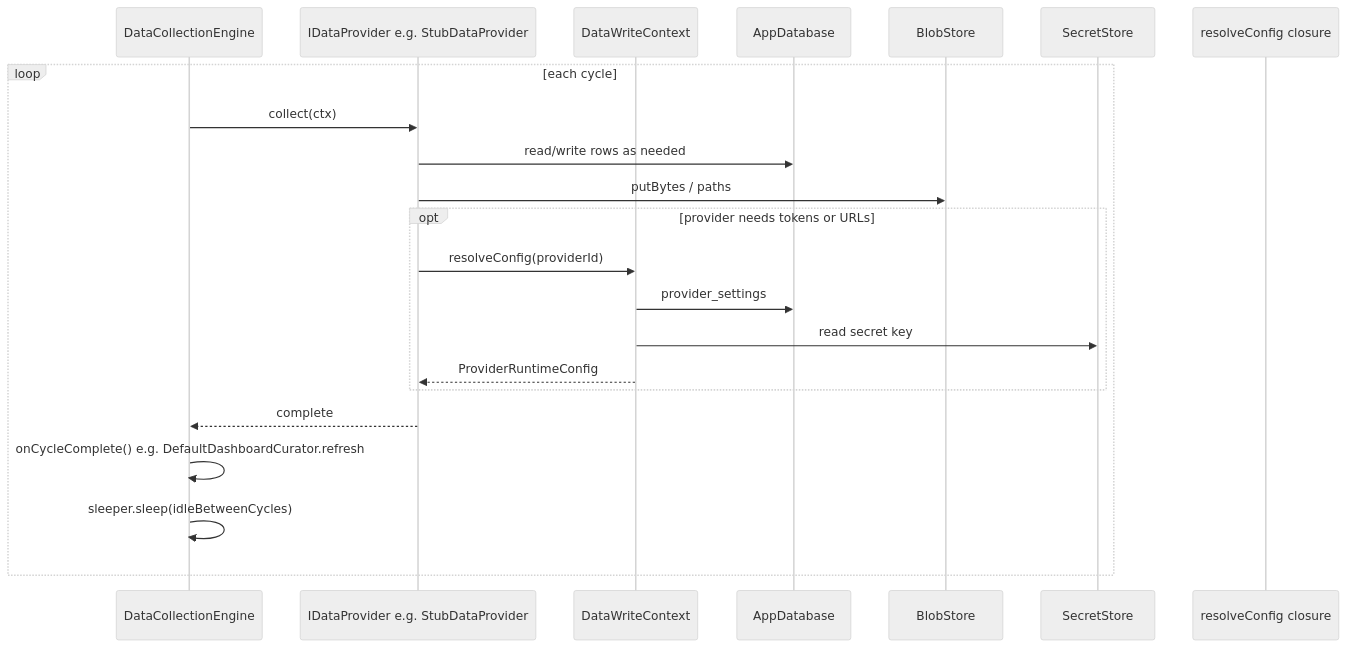
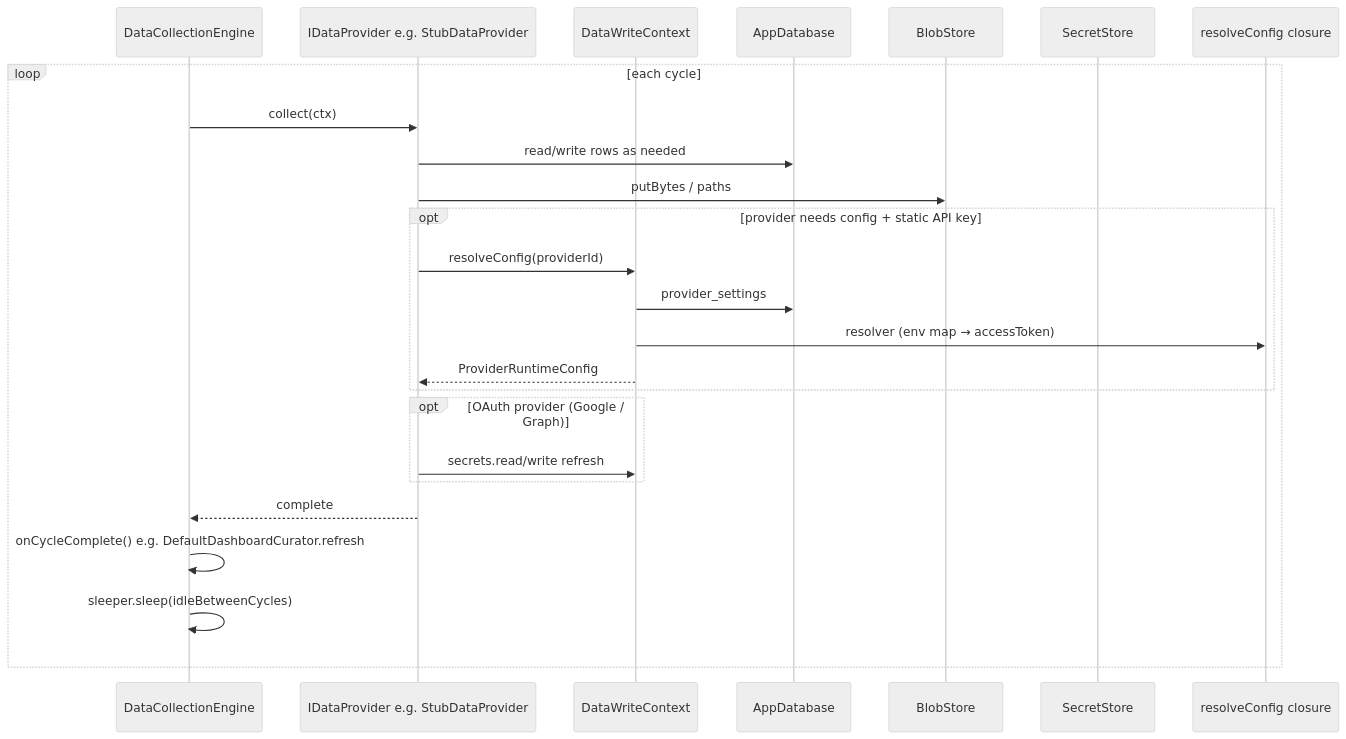
One commit to dukk/waddle-view changed the third of 5 diagrams in apps/waddle_display/ARCHITECTURE.md. Above: the diagram before and after it, drawn with Mermaid (neutral theme). The commit also changed other lines of this file and 79 other files, not shown here.

First line of the commit message:
feat(secrets): update API key management and enhance documentation

````diff
--- a/apps/waddle_display/ARCHITECTURE.md
+++ b/apps/waddle_display/ARCHITECTURE.md
@@ -154,25 +154,28 @@
 ```mermaid
 sequenceDiagram
   participant Eng as DataCollectionEngine
   participant P as IDataProvider e.g. StubDataProvider
   participant Ctx as DataWriteContext
   participant DB as AppDatabase
   participant Blob as BlobStore
   participant Sec as SecretStore
   participant Res as resolveConfig closure
 
   loop each cycle
     Eng->>P: collect(ctx)
     P->>DB: read/write rows as needed
     P->>Blob: putBytes / paths
-    opt provider needs tokens or URLs
+    opt provider needs config + static API key
       P->>Ctx: resolveConfig(providerId)
       Ctx->>DB: provider_settings
-      Ctx->>Sec: read secret key
+      Ctx->>Res: resolver (env map → accessToken)
       Ctx-->>P: ProviderRuntimeConfig
+    end
+    opt OAuth provider (Google / Graph)
+      P->>Ctx: secrets.read/write refresh
     end
     P-->>Eng: complete
     Eng->>Eng: onCycleComplete() e.g. DefaultDashboardCurator.refresh
     Eng->>Eng: sleeper.sleep(idleBetweenCycles)
   end
 ```
````
